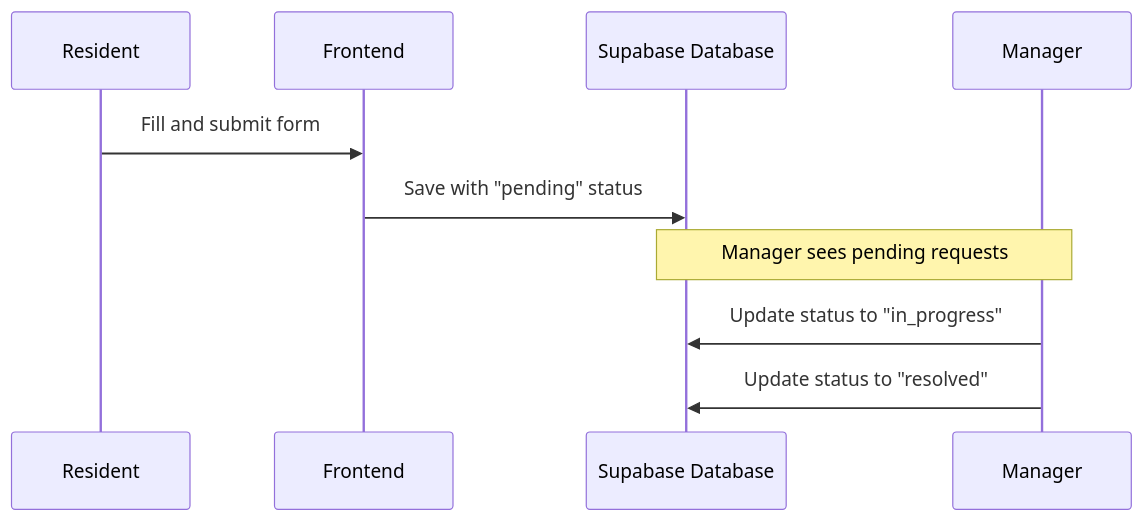
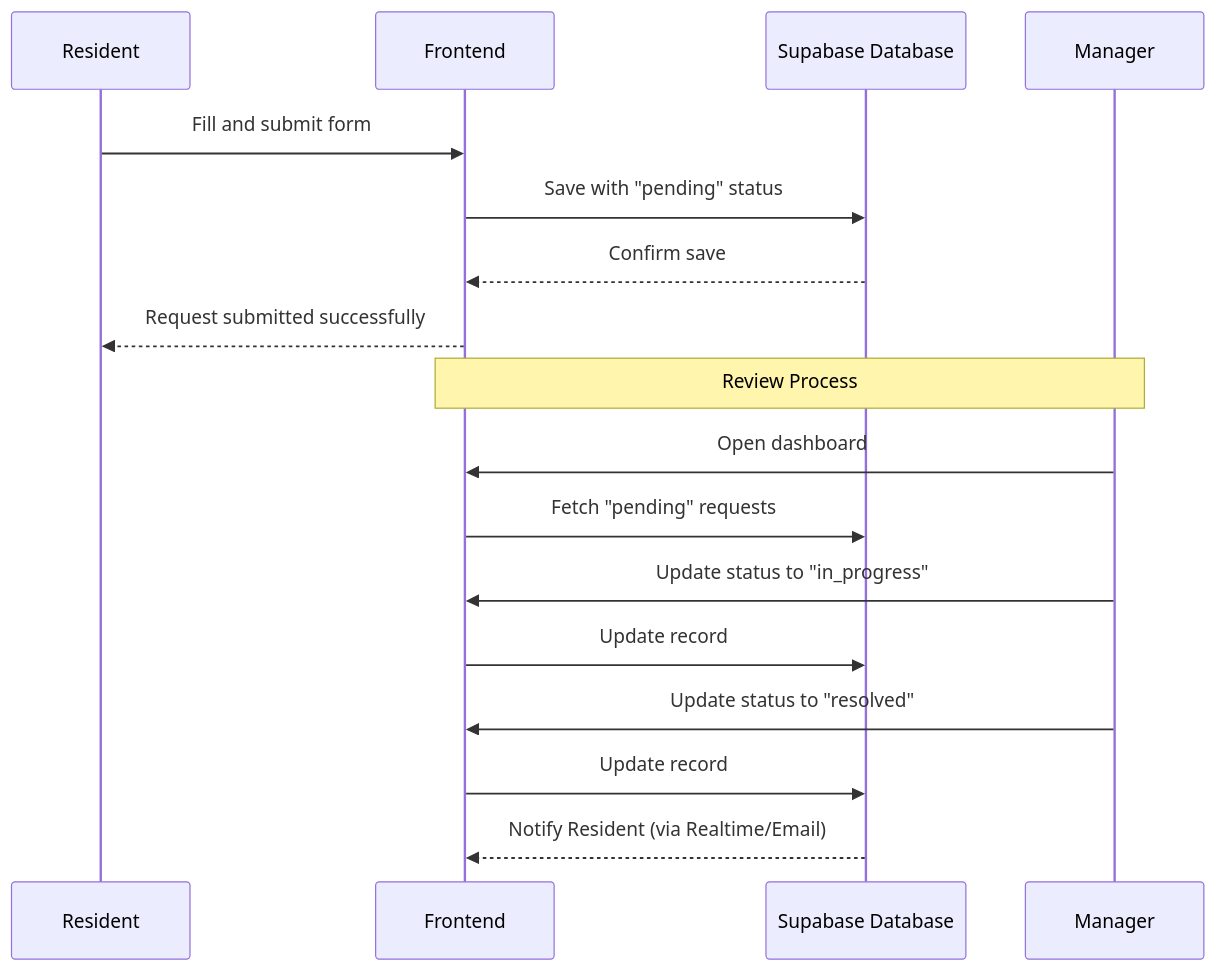
One commit to Nashbat00/Property-management-system changed the fourth of 6 diagrams in ARCHITECTURE.md. Above: the diagram before and after it, drawn with Mermaid. The commit also changed other lines of this file, not shown here.

Commit message:
feat: add activity diagram for payment flow

````diff
--- a/ARCHITECTURE.md
+++ b/ARCHITECTURE.md
@@ -346,13 +346,21 @@
 ```mermaid
 sequenceDiagram
-    participant Resident
-    participant Frontend
+    participant R as Resident
+    participant F as Frontend
     participant DB as Supabase Database
-    participant Manager
+    participant M as Manager
 
-    Resident->>Frontend: Fill and submit form
-    Frontend->>DB: Save with "pending" status
-    Note over DB, Manager: Manager sees pending requests
-    Manager->>DB: Update status to "in_progress"
-    Manager->>DB: Update status to "resolved"
+    R->>F: Fill and submit form
+    F->>DB: Save with "pending" status
+    DB-->>F: Confirm save
+    F-->>R: Request submitted successfully
+
+    Note over M, F: Review Process
+    M->>F: Open dashboard
+    F->>DB: Fetch "pending" requests
+    M->>F: Update status to "in_progress"
+    F->>DB: Update record
+    M->>F: Update status to "resolved"
+    F->>DB: Update record
+    DB-->>F: Notify Resident (via Realtime/Email)
 ```
````
